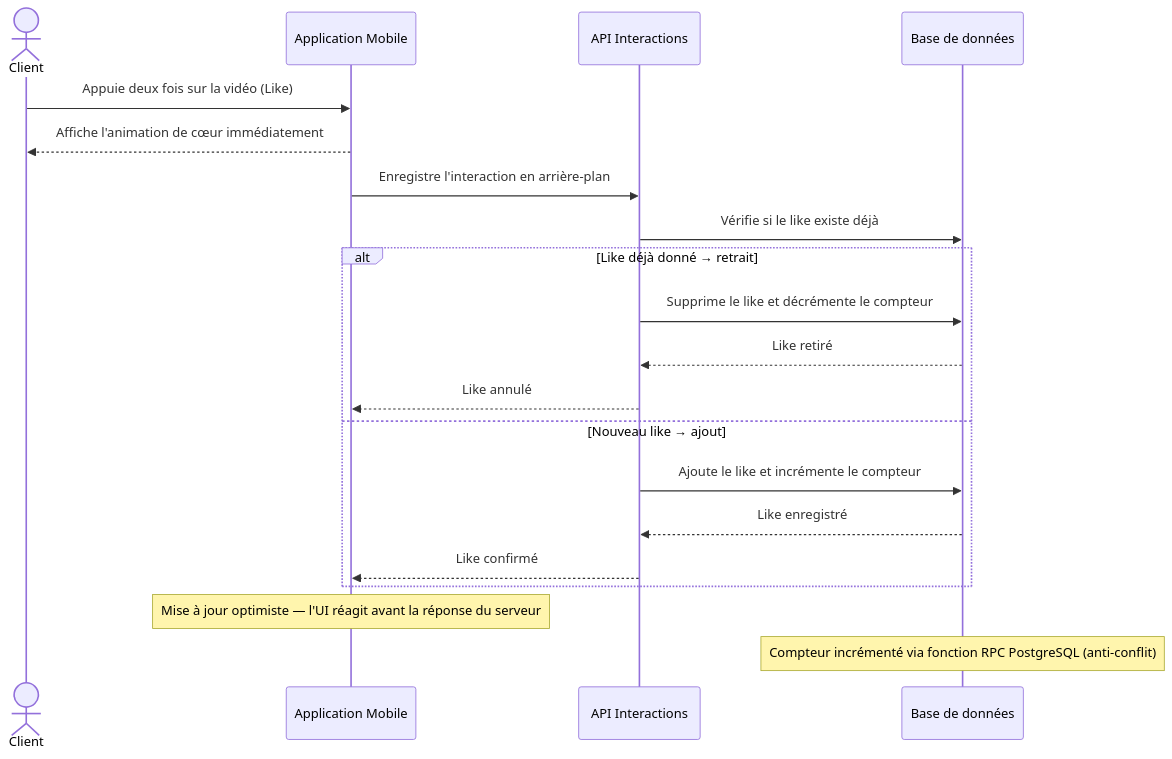
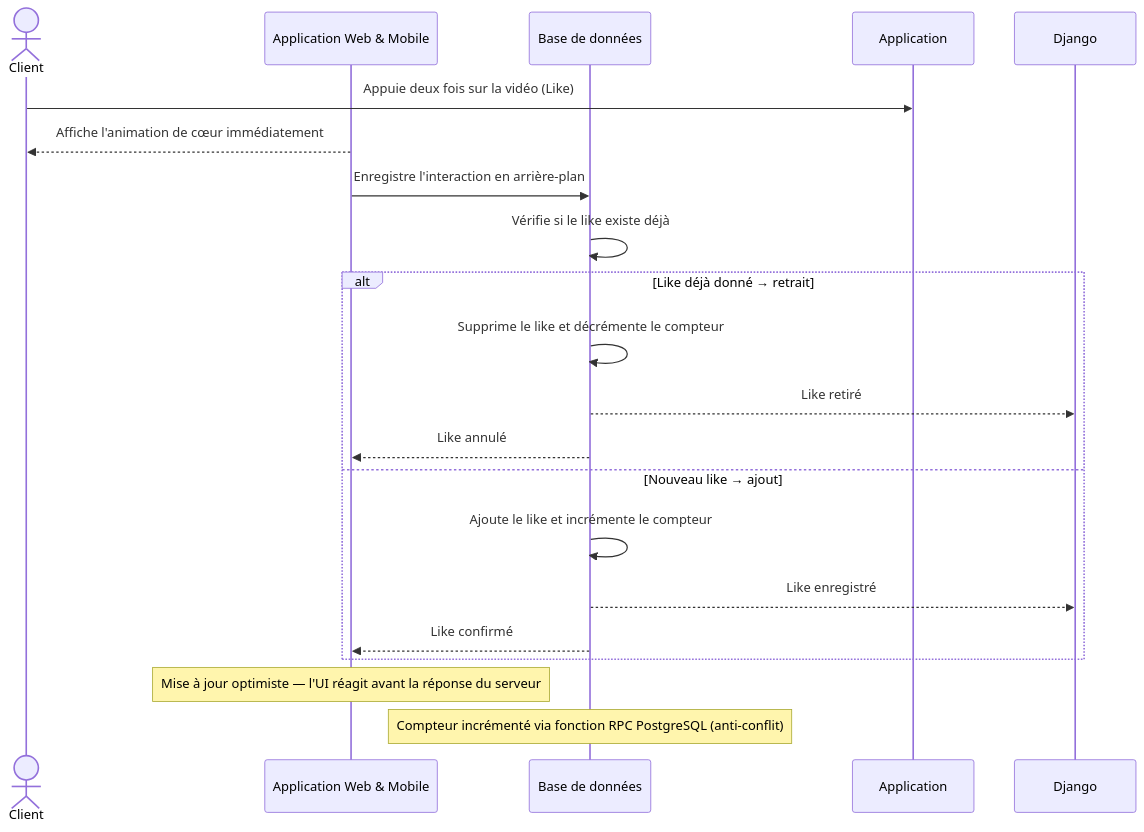
One commit to Abderrahmen1111/private-PFE-repos changed diagram 23 of 34 in SEQUENCE_DIAGRAMS_WORD_FORMAT_OPTIMIZED.md. Above: the diagram before and after it, drawn with Mermaid. The commit also changed other lines of this file and 2 other files, not shown here.

Commit message:
docs: adapt sequence diagrams to Web/Mobile apps and Django SaaS Admin

````diff
--- a/SEQUENCE_DIAGRAMS_WORD_FORMAT_OPTIMIZED.md
+++ b/SEQUENCE_DIAGRAMS_WORD_FORMAT_OPTIMIZED.md
@@ -710,25 +708,25 @@
 ```mermaid
 sequenceDiagram
     actor Client
-    participant Application as Application Mobile
-    participant Serveur as API Interactions
+    participant App as Application Web & Mobile
+    participant BD as Base de données (Supabase)
     participant BD as Base de données
 
     Client->>Application: Appuie deux fois sur la vidéo (Like)
-    Application-->>Client: Affiche l'animation de cœur immédiatement
-    Application->>Serveur: Enregistre l'interaction en arrière-plan
-    Serveur->>BD: Vérifie si le like existe déjà
+    App-->>Client: Affiche l'animation de cœur immédiatement
+    App->>BD: Enregistre l'interaction en arrière-plan
+    BD->>BD: Vérifie si le like existe déjà
 
     alt Like déjà donné → retrait
-        Serveur->>BD: Supprime le like et décrémente le compteur
-        BD-->>Serveur: Like retiré
-        Serveur-->>Application: Like annulé
+        BD->>BD: Supprime le like et décrémente le compteur
+        BD-->>Django: Like retiré
+        BD-->>App: Like annulé
     else Nouveau like → ajout
-        Serveur->>BD: Ajoute le like et incrémente le compteur
-        BD-->>Serveur: Like enregistré
-        Serveur-->>Application: Like confirmé
+        BD->>BD: Ajoute le like et incrémente le compteur
+        BD-->>Django: Like enregistré
+        BD-->>App: Like confirmé
     end
 
-    Note over Application: Mise à jour optimiste — l'UI réagit avant la réponse du serveur
+    Note over App: Mise à jour optimiste — l'UI réagit avant la réponse du serveur
     Note over BD: Compteur incrémenté via fonction RPC PostgreSQL (anti-conflit)
 ```
````
